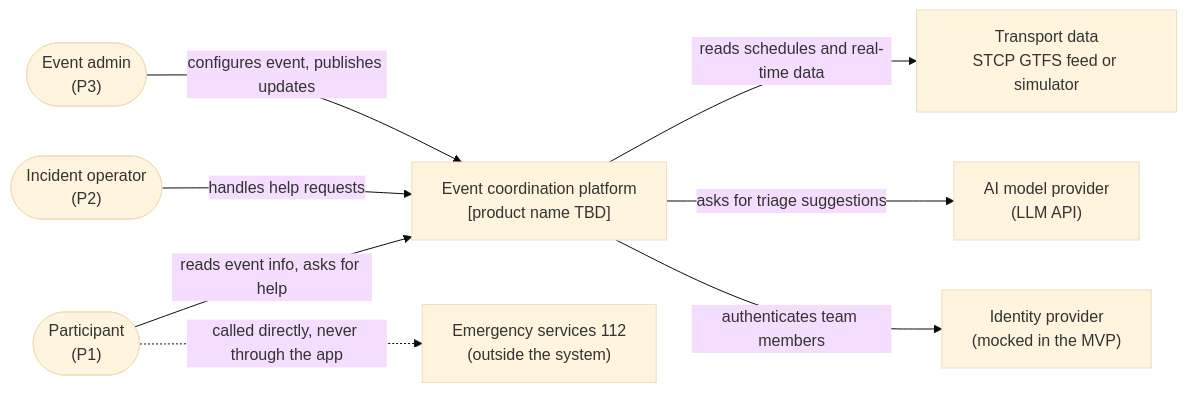
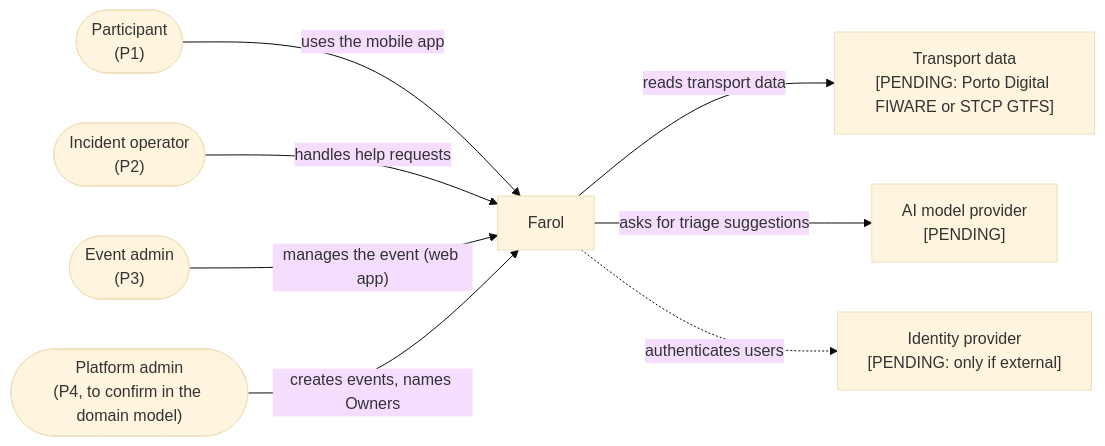
The first of 2 diagrams in Docs/Technical/architecture.md (tomasoliveira21/LABDSOF), drawn with Mermaid (base theme) before and after one commit. The commit also changed other lines of this file and 5 other files, not shown here.

Commit message:
docs (#35): Record team architecture decisions

````diff
--- a/Docs/Technical/architecture.md
+++ b/Docs/Technical/architecture.md
@@ -25,19 +25,19 @@
 ```mermaid
 flowchart LR
     P(["Participant<br/>(P1)"])
     O(["Incident operator<br/>(P2)"])
     A(["Event admin<br/>(P3)"])
-    SYS["Event coordination platform<br/>[product name TBD]"]
-    TR["Transport data<br/>STCP GTFS feed or simulator"]
-    LLM["AI model provider<br/>(LLM API)"]
-    IDP["Identity provider<br/>(mocked in the MVP)"]
-    EM["Emergency services 112<br/>(outside the system)"]
+    PA(["Platform admin<br/>(P4, to confirm in the domain model)"])
+    SYS["Farol"]
+    TR["Transport data<br/>[PENDING: Porto Digital FIWARE or STCP GTFS]"]
+    LLM["AI model provider<br/>[PENDING]"]
+    IDP["Identity provider<br/>[PENDING: only if external]"]
 
-    P -- "reads event info, asks for help" --> SYS
+    P -- "uses the mobile app" --> SYS
     O -- "handles help requests" --> SYS
-    A -- "configures event, publishes updates" --> SYS
-    SYS -- "reads schedules and real-time data" --> TR
+    A -- "manages the event (web app)" --> SYS
+    PA -- "creates events, names Owners" --> SYS
+    SYS -- "reads transport data" --> TR
     SYS -- "asks for triage suggestions" --> LLM
-    SYS -- "authenticates team members" --> IDP
-    P -. "called directly, never through the app" .-> EM
+    SYS -. "authenticates users" .-> IDP
 ```
````
